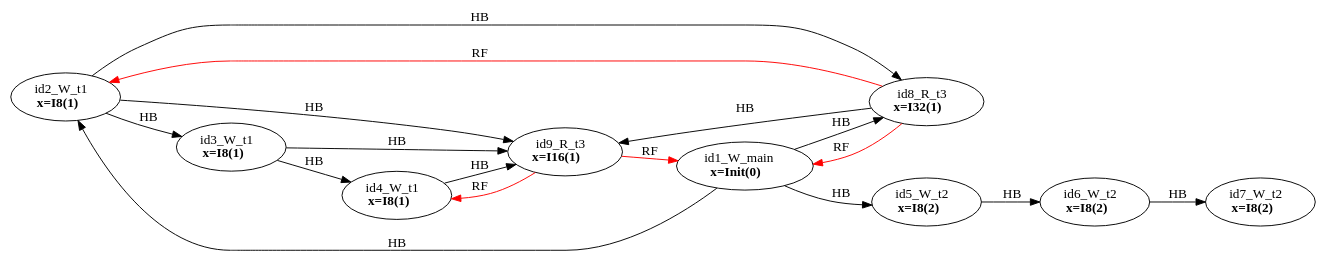
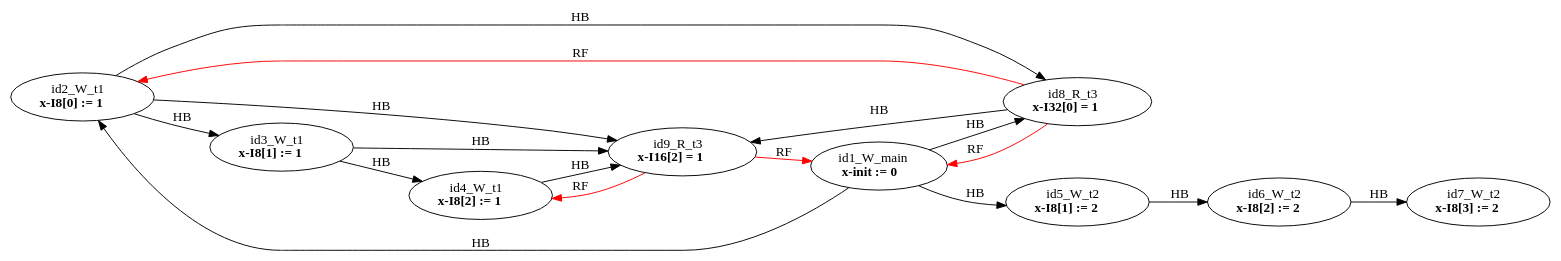
Before and after one commit to FMJS/EMME: the diagram in examples/single_var/sv_simple19/mm7.dot, drawn with Graphviz. The commit also changed 354 other files, not shown here.

```diff
--- a/examples/single_var/sv_simple19/mm7.dot
+++ b/examples/single_var/sv_simple19/mm7.dot
@@ -1,29 +1,29 @@
 digraph memory_model {
 rankdir=LR;
 splines=true; esep=0.5;
 id2_W_t1 -> id3_W_t1 [label = "HB", color="black"];
 id3_W_t1 -> id4_W_t1 [label = "HB", color="black"];
 id5_W_t2 -> id6_W_t2 [label = "HB", color="black"];
 id6_W_t2 -> id7_W_t2 [label = "HB", color="black"];
 id8_R_t3 -> id9_R_t3 [label = "HB", color="black"];
 id1_W_main -> id2_W_t1 [label = "HB", color="black"];
 id1_W_main -> id5_W_t2 [label = "HB", color="black"];
 id1_W_main -> id8_R_t3 [label = "HB", color="black"];
 id2_W_t1 -> id8_R_t3 [label = "HB", color="black"];
 id2_W_t1 -> id9_R_t3 [label = "HB", color="black"];
 id3_W_t1 -> id9_R_t3 [label = "HB", color="black"];
 id4_W_t1 -> id9_R_t3 [label = "HB", color="black"];
 id8_R_t3 -> id1_W_main [label = "RF", color="red"];
 id8_R_t3 -> id2_W_t1 [label = "RF", color="red"];
 id9_R_t3 -> id1_W_main [label = "RF", color="red"];
 id9_R_t3 -> id4_W_t1 [label = "RF", color="red"];
-id1_W_main [label=<id1_W_main<br/><B>x=Init(0)</B>>, pos="5.0,6!"]
-id2_W_t1 [label=<id2_W_t1<br/><B>x=I8(1)</B>>, pos="0,4!"]
-id3_W_t1 [label=<id3_W_t1<br/><B>x=I8(1)</B>>, pos="0,2!"]
-id4_W_t1 [label=<id4_W_t1<br/><B>x=I8(1)</B>>, pos="0,0!"]
-id5_W_t2 [label=<id5_W_t2<br/><B>x=I8(2)</B>>, pos="5,4!"]
-id6_W_t2 [label=<id6_W_t2<br/><B>x=I8(2)</B>>, pos="5,2!"]
-id7_W_t2 [label=<id7_W_t2<br/><B>x=I8(2)</B>>, pos="5,0!"]
-id8_R_t3 [label=<id8_R_t3<br/><B>x=I32(1)</B>>, pos="10,4!"]
-id9_R_t3 [label=<id9_R_t3<br/><B>x=I16(1)</B>>, pos="10,2!"]
+id1_W_main [label=<id1_W_main<br/><B>x-init := 0</B>>, pos="5.0,6!"]
+id2_W_t1 [label=<id2_W_t1<br/><B>x-I8[0] := 1</B>>, pos="0,4!"]
+id3_W_t1 [label=<id3_W_t1<br/><B>x-I8[1] := 1</B>>, pos="0,2!"]
+id4_W_t1 [label=<id4_W_t1<br/><B>x-I8[2] := 1</B>>, pos="0,0!"]
+id5_W_t2 [label=<id5_W_t2<br/><B>x-I8[1] := 2</B>>, pos="5,4!"]
+id6_W_t2 [label=<id6_W_t2<br/><B>x-I8[2] := 2</B>>, pos="5,2!"]
+id7_W_t2 [label=<id7_W_t2<br/><B>x-I8[3] := 2</B>>, pos="5,0!"]
+id8_R_t3 [label=<id8_R_t3<br/><B>x-I32[0] = 1</B>>, pos="10,4!"]
+id9_R_t3 [label=<id9_R_t3<br/><B>x-I16[2] = 1</B>>, pos="10,2!"]
 }
```
